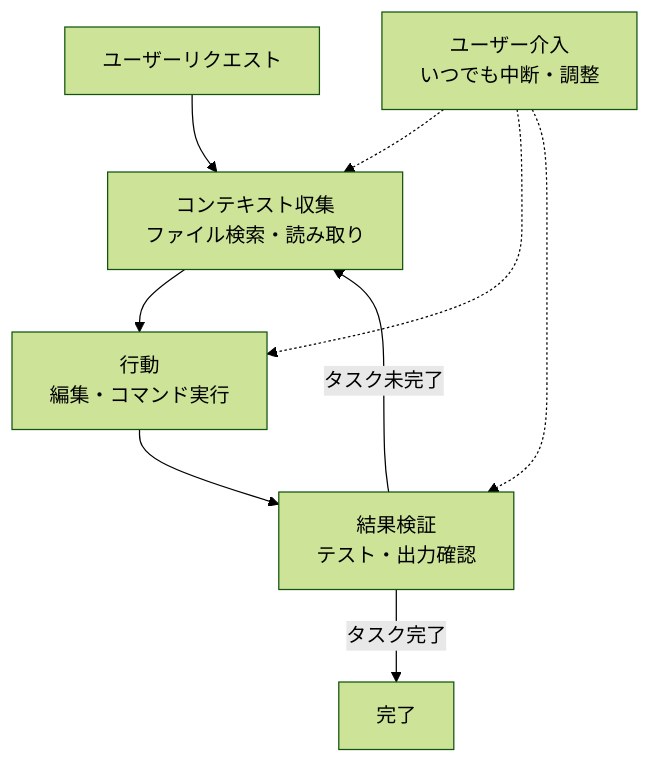
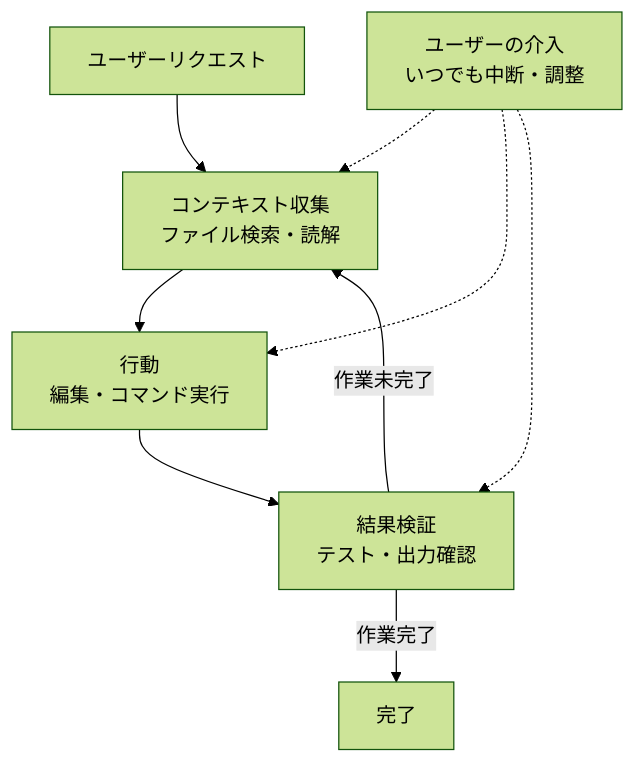
One commit to modu-ai/moai-adk changed the diagram in docs-site/content/ja/claude-code/foundations/how-claude-code-works.md. Above: the diagram before and after it, drawn with Mermaid (forest theme). The commit also changed other lines of this file and 395 other files, not shown here.

````diff
--- a/docs-site/content/ja/claude-code/foundations/how-claude-code-works.md
+++ b/docs-site/content/ja/claude-code/foundations/how-claude-code-works.md
@@ -38,11 +38,11 @@
 ```mermaid
 flowchart TD
-    A[ユーザーリクエスト] --> B[コンテキスト収集<br/>ファイル検索・読み取り]
+    A[ユーザーリクエスト] --> B[コンテキスト収集<br/>ファイル検索・読解]
     B --> C[行動<br/>編集・コマンド実行]
     C --> D[結果検証<br/>テスト・出力確認]
-    D -->|タスク未完了| B
-    D -->|タスク完了| E[完了]
-    F[ユーザー介入<br/>いつでも中断・調整] -.-> B
+    D -->|作業未完了| B
+    D -->|作業完了| E[完了]
+    F[ユーザーの介入<br/>いつでも中断・調整] -.-> B
     F -.-> C
     F -.-> D
 ```
````
